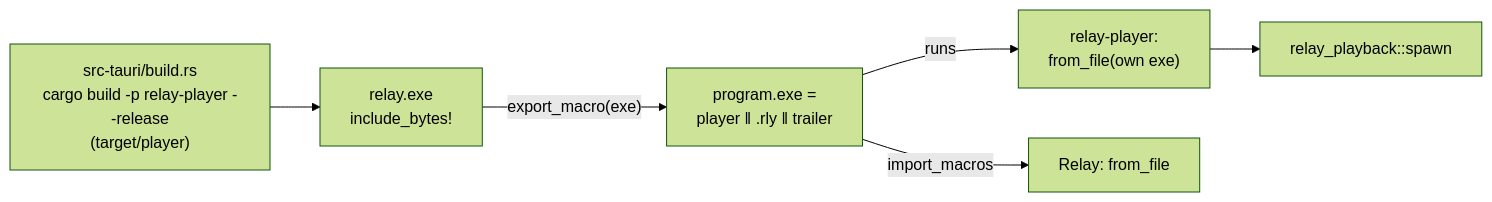
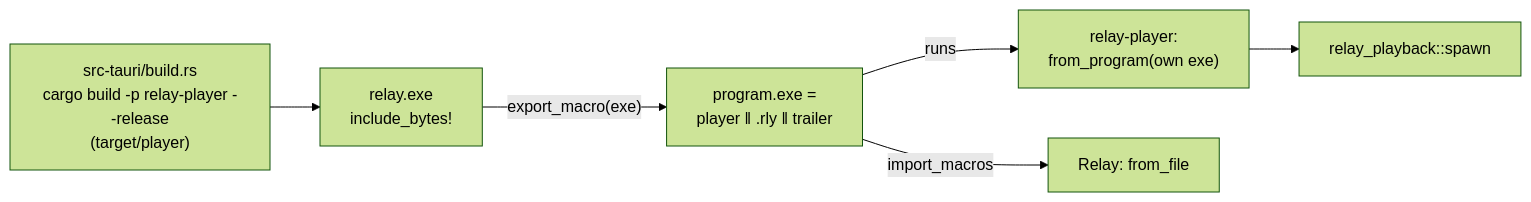
Before and after one commit to HappyRave/Relay: the sixth of 6 diagrams in docs/engineering/architecture.md, drawn with Mermaid (forest theme). The commit also changed other lines of this file and 12 other files, not shown here.

````diff
--- a/docs/engineering/architecture.md
+++ b/docs/engineering/architecture.md
@@ -204,8 +204,8 @@
 ```mermaid
 flowchart LR
     B["src-tauri/build.rs<br/>cargo build -p relay-player --release<br/>(target/player)"] --> I["relay.exe<br/>include_bytes!"]
     I -- "export_macro(exe)" --> X["program.exe =<br/>player ‖ .rly ‖ trailer"]
-    X -- "runs" --> P["relay-player:<br/>from_file(own exe)"]
+    X -- "runs" --> P["relay-player:<br/>from_program(own exe)"]
     P --> E["relay_playback::spawn"]
     X -- "import_macros" --> R["Relay: from_file"]
 ```
````
